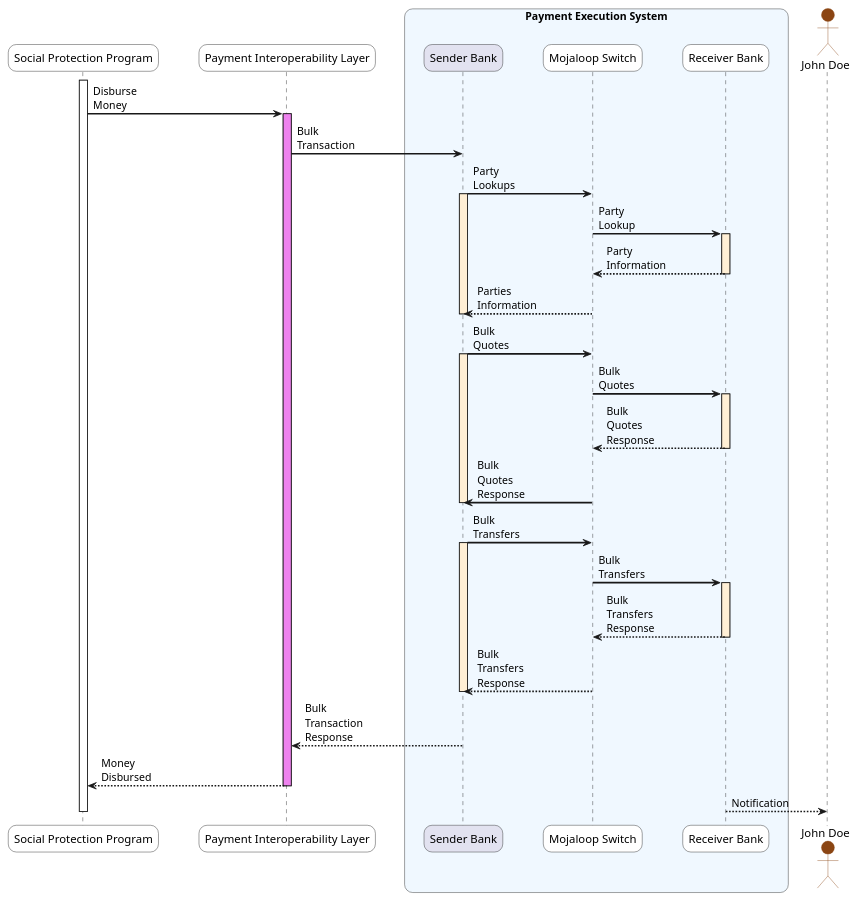
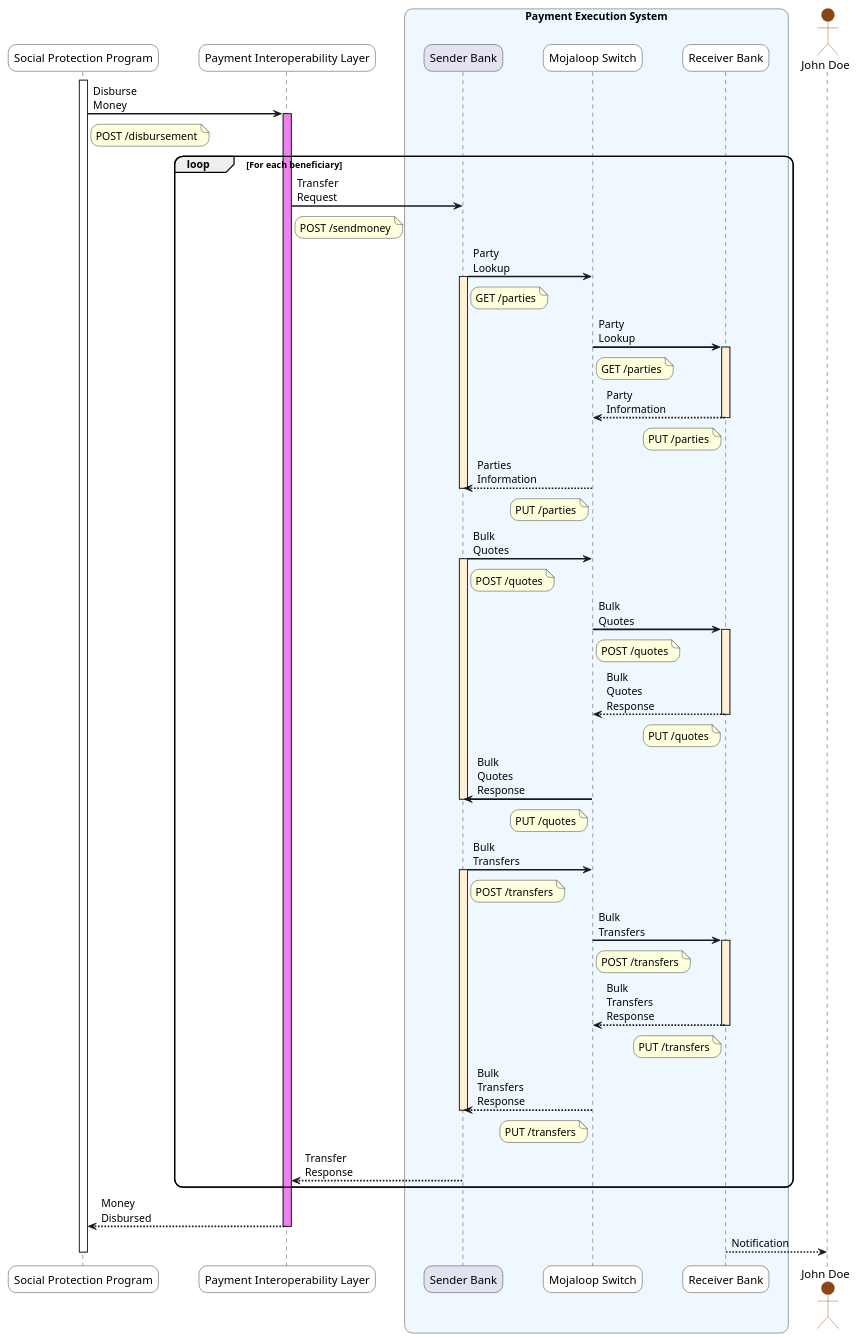
Before and after one commit to spdci/payments-interoperability-layer: the diagram in docs/documentation/pocs/G2P.md, drawn with PlantUML. The commit also changed 1 other file, not shown here.

Commit message:
fix: added http request info to seq diagrams

```diff
--- a/docs/documentation/pocs/G2P.md
+++ b/docs/documentation/pocs/G2P.md
@@ -27,40 +27,56 @@
 activate SPP
 
 SPP -> PIL: Disburse Money
+note right of SPP: POST /disbursement
 activate PIL #violet
 
-PIL -> PayerFSP: Bulk Transaction
+loop For each beneficiary
+    PIL -> PayerFSP: Transfer Request
+    note right of PIL: POST /sendmoney
 
-PayerFSP -> ML: Party Lookups
-activate PayerFSP #PapayaWhip
-ML -> PayeeFSP: Party Lookup
-activate PayeeFSP #PapayaWhip
-PayeeFSP --> ML: Party Information
-deactivate PayeeFSP
-ML --> PayerFSP: Parties Information
-deactivate PayerFSP
+    PayerFSP -> ML: Party Lookup
+    note right of PayerFSP: GET /parties
+    activate PayerFSP #PapayaWhip
+    ML -> PayeeFSP: Party Lookup
+    note right of ML: GET /parties
+    activate PayeeFSP #PapayaWhip
+    PayeeFSP --> ML: Party Information
+    note left of PayeeFSP: PUT /parties
+    deactivate PayeeFSP
+    ML --> PayerFSP: Parties Information
+    note left of ML: PUT /parties
+    deactivate PayerFSP
 
 
-PayerFSP -> ML: Bulk Quotes
-activate PayerFSP #PapayaWhip
-ML -> PayeeFSP: Bulk Quotes
-activate PayeeFSP #PapayaWhip
-PayeeFSP --> ML: Bulk Quotes Response
-deactivate PayeeFSP
-ML -> PayerFSP: Bulk Quotes Response
-deactivate PayerFSP
+    PayerFSP -> ML: Bulk Quotes
+    note right of PayerFSP: POST /quotes
+    activate PayerFSP #PapayaWhip
+    ML -> PayeeFSP: Bulk Quotes
+    note right of ML: POST /quotes
+    activate PayeeFSP #PapayaWhip
+    PayeeFSP --> ML: Bulk Quotes Response
+    note left of PayeeFSP: PUT /quotes
+    deactivate PayeeFSP
+    ML -> PayerFSP: Bulk Quotes Response
+    note left of ML: PUT /quotes
+    deactivate PayerFSP
 
-PayerFSP -> ML: Bulk Transfers
-activate PayerFSP #PapayaWhip
-ML -> PayeeFSP: Bulk Transfers
-activate PayeeFSP #PapayaWhip
-PayeeFSP --> ML: Bulk Transfers Response
-deactivate PayeeFSP
-ML --> PayerFSP: Bulk Transfers Response
-deactivate PayerFSP
+    PayerFSP -> ML: Bulk Transfers
+    note right of PayerFSP: POST /transfers
+    activate PayerFSP #PapayaWhip
+    ML -> PayeeFSP: Bulk Transfers
+    note right of ML: POST /transfers
+    activate PayeeFSP #PapayaWhip
+    PayeeFSP --> ML: Bulk Transfers Response
+    note left of PayeeFSP: PUT /transfers
+    deactivate PayeeFSP
+    ML --> PayerFSP: Bulk Transfers Response
+    note left of ML: PUT /transfers
+    deactivate PayerFSP
 
-PayerFSP --> PIL: Bulk Transaction Response
-'deactivate PayerFSP
+    PayerFSP --> PIL: Transfer Response
+    'deactivate PayerFSP
+end loop
 
 PIL --> SPP: Money Disbursed
 deactivate PIL
```
